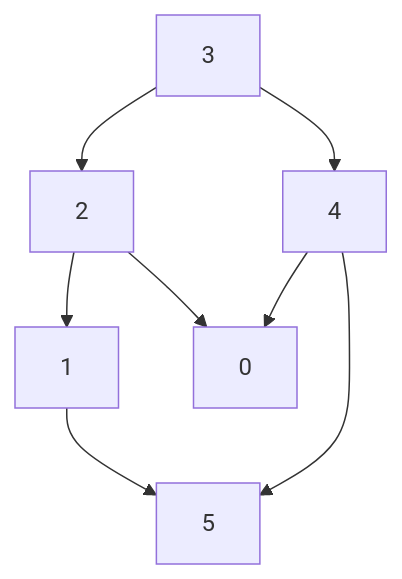
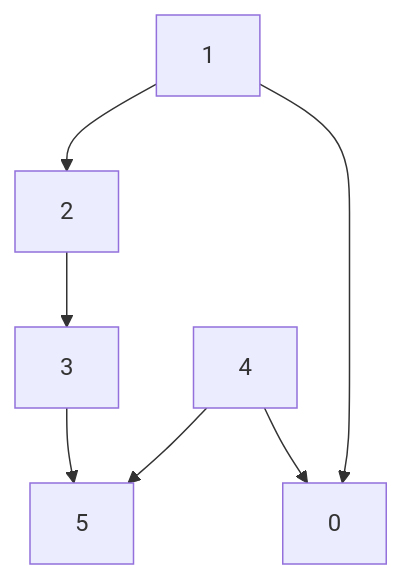
The diagram in 1. Data Structures & Algorithms/Topological Sort.md (boushphong/dsa), drawn with Mermaid before and after one commit. The commit also changed other lines of this file, not shown here.

````diff
--- a/1. Data Structures & Algorithms/Topological Sort.md
+++ b/1. Data Structures & Algorithms/Topological Sort.md
@@ -10,8 +12,9 @@
 ```mermaid
-graph TD;
-    3 --> 2 --> 1;
-    3 --> 4 --> 0;
-    4 --> 5;
-    2 --> 0;
-    1 --> 5;
+graph TD
+    1 --> 2
+    1 --> 0
+    4 --> 0
+    4 --> 5
+    2 --> 3
+    3 --> 5
 ```
````
